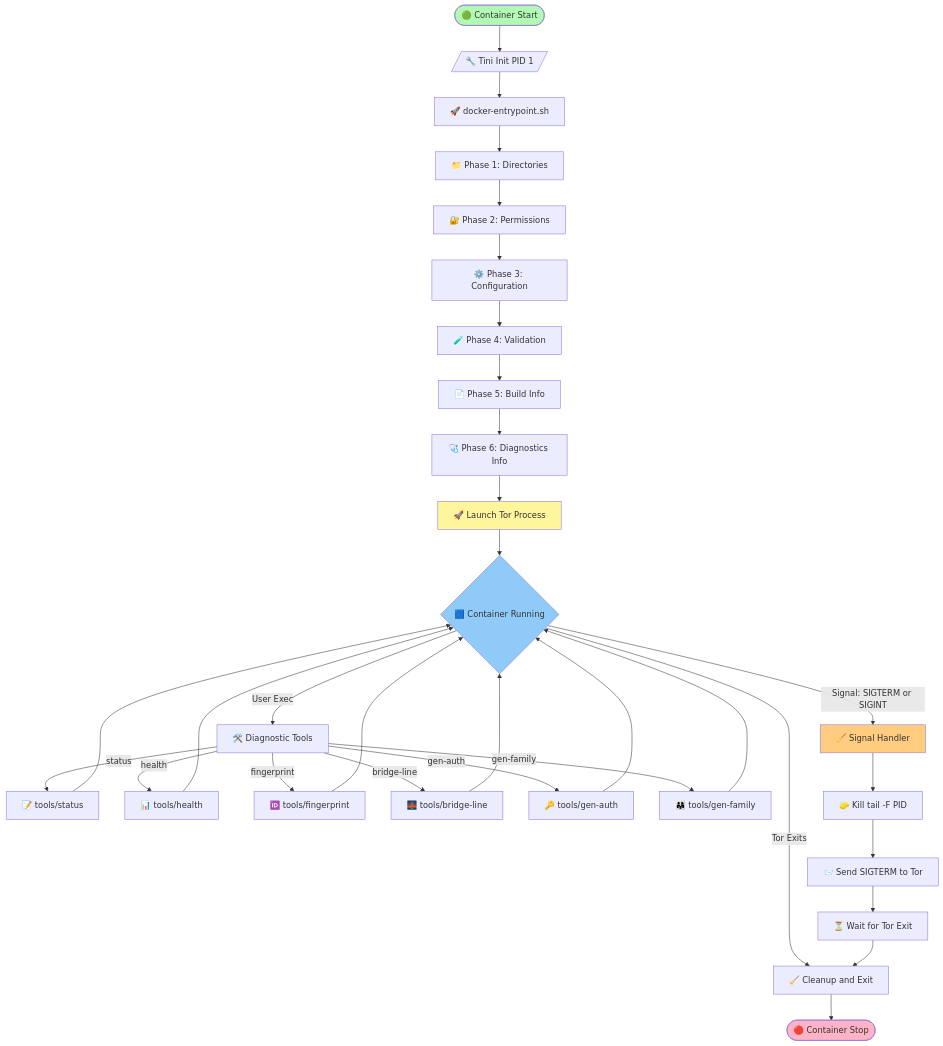
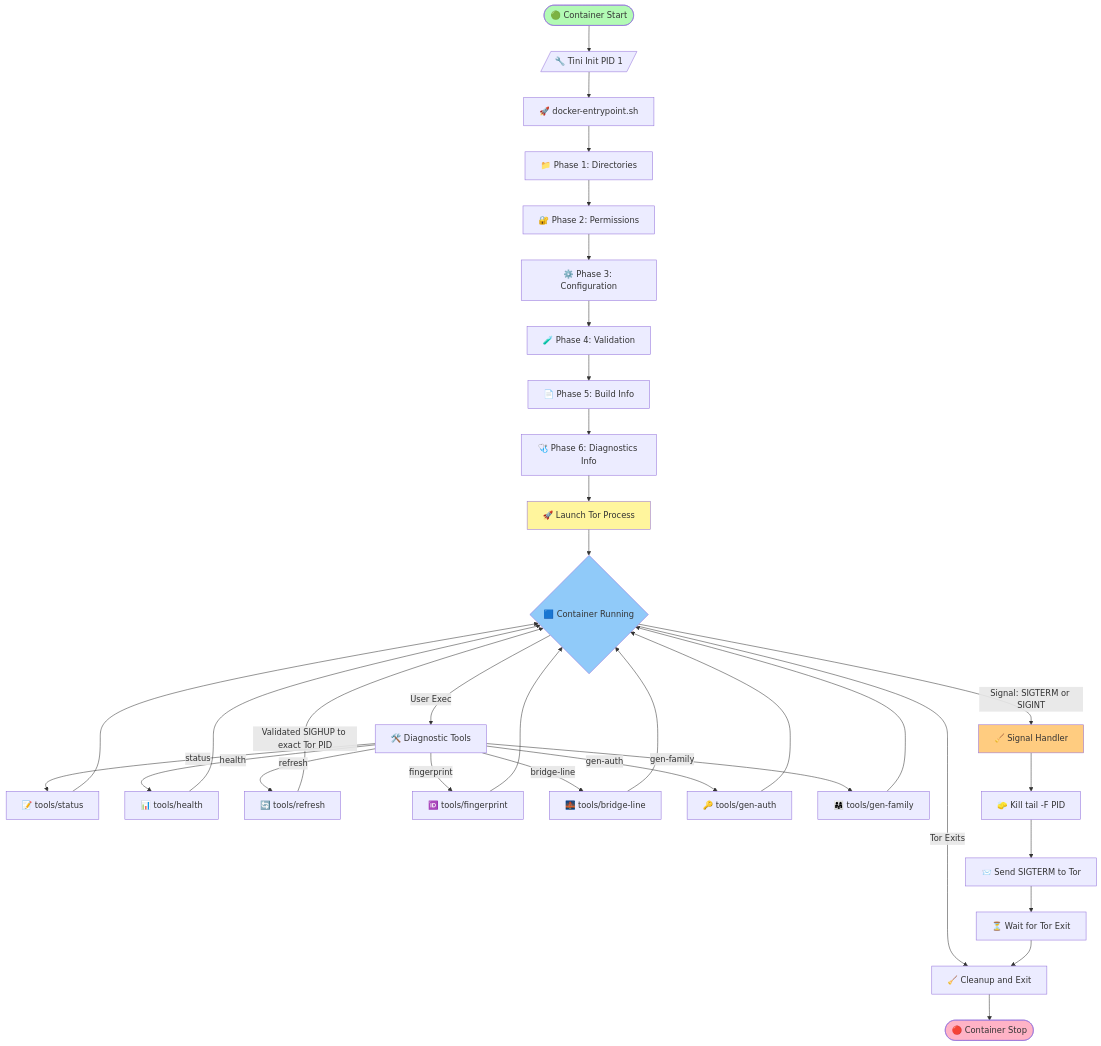
Before and after one commit to r3bo0tbx1/tor-guard-relay: the first of 13 diagrams in docs/ARCHITECTURE.md, drawn with Mermaid. The commit also changed other lines of this file and 22 other files, not shown here.

First line of the commit message:
🔖 release(v2.1.0): add safe Tor refresh and improve relay diagnostics

````diff
--- a/docs/ARCHITECTURE.md
+++ b/docs/ARCHITECTURE.md
@@ -37,45 +37,47 @@
 ```mermaid
 flowchart TD
     Start([🟢 Container Start]) --> Tini[/🔧 Tini Init PID 1/]
     Tini --> Entrypoint[🚀 docker-entrypoint.sh]
 
     Entrypoint --> Phase1[📁 Phase 1: Directories]
     Phase1 --> Phase2[🔐 Phase 2: Permissions]
     Phase2 --> Phase3[⚙️ Phase 3: Configuration]
     Phase3 --> Phase4[🧪 Phase 4: Validation]
     Phase4 --> Phase5[📄 Phase 5: Build Info]
     Phase5 --> Phase6[🩺 Phase 6: Diagnostics Info]
     Phase6 --> TorStart[🚀 Launch Tor Process]
 
     TorStart --> Running{🟦 Container Running}
 
     Running -->|Signal: SIGTERM or SIGINT| Trap[🧹 Signal Handler]
     Running -->|Tor Exits| Cleanup
     Running -->|User Exec| DiagTools[🛠️ Diagnostic Tools]
 
     DiagTools -->|status| StatusTool[📝 tools/status]
     DiagTools -->|health| HealthTool[📊 tools/health]
+    DiagTools -->|refresh| RefreshTool[🔄 tools/refresh]
     DiagTools -->|fingerprint| FingerprintTool[🆔 tools/fingerprint]
     DiagTools -->|bridge-line| BridgeTool[🌉 tools/bridge-line]
     DiagTools -->|gen-auth| GenAuthTool[🔑 tools/gen-auth]
     DiagTools -->|gen-family| GenFamilyTool[👨‍👩‍👧 tools/gen-family]
 
     StatusTool --> Running
     HealthTool --> Running
+    RefreshTool -->|Validated SIGHUP to exact Tor PID| Running
     FingerprintTool --> Running
     BridgeTool --> Running
     GenAuthTool --> Running
     GenFamilyTool --> Running
 
     Trap --> StopTail[🧽 Kill tail -F PID]
     StopTail --> StopTor[📨 Send SIGTERM to Tor]
     StopTor --> Wait[⏳ Wait for Tor Exit]
     Wait --> Cleanup[🧹 Cleanup and Exit]
     Cleanup --> End([🔴 Container Stop])
 
     style Start fill:#b2fab4
     style End fill:#ffb3c6
     style Running fill:#90caf9
     style TorStart fill:#fff59d
     style Trap fill:#ffcc80
 ```
````
